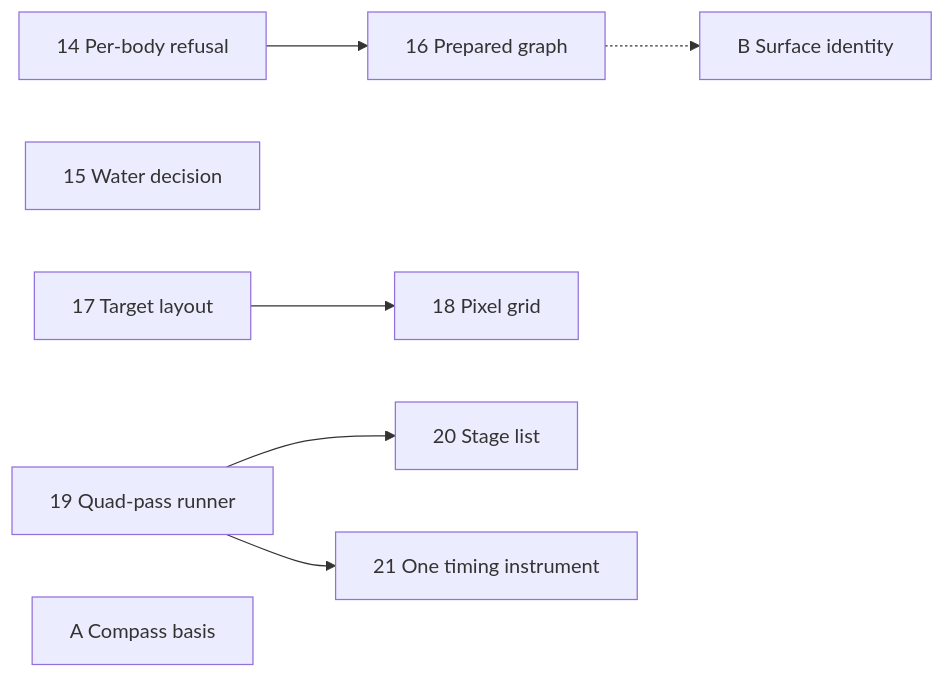
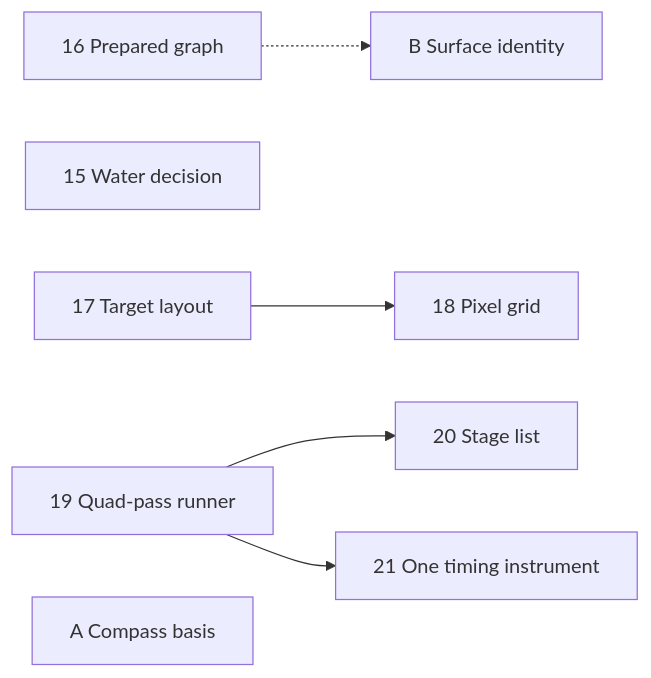
Before and after one commit to jonjaques/inertialref: the diagram in design/plans/arch-review.md, drawn with Mermaid. The commit also changed other lines of this file and 5 other files, not shown here.

````diff
--- a/design/plans/arch-review.md
+++ b/design/plans/arch-review.md
@@ -70,10 +69,10 @@
 ```mermaid
 flowchart LR
-  P14[14 Per-body refusal] --> P16[16 Prepared graph]
+  P16[16 Prepared graph]
   P15[15 Water decision]
   P17[17 Target layout] --> P18[18 Pixel grid]
   P19[19 Quad-pass runner] --> P20[20 Stage list]
   P19 --> P21[21 One timing instrument]
   A[A Compass basis]
   P16 -.-> B[B Surface identity]
 ```
````
